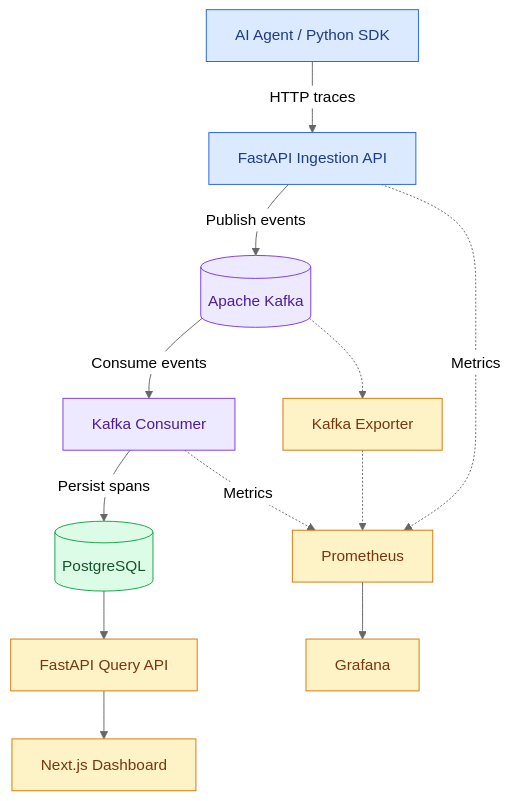
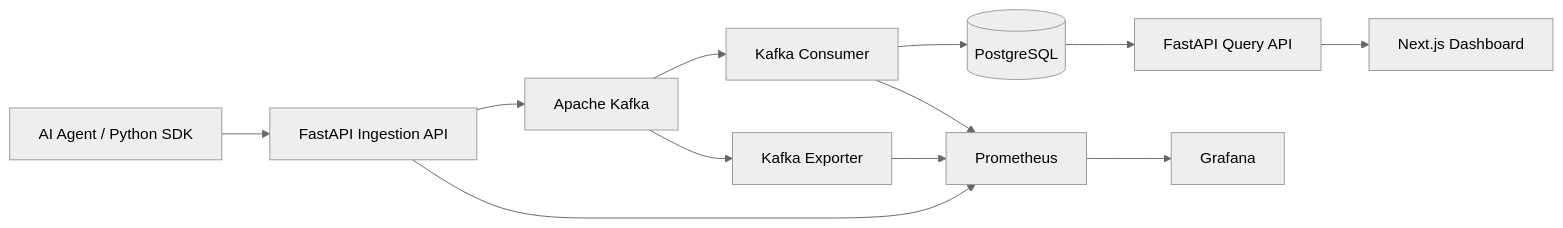
One commit to adjascently/agentscope changed the diagram in README.md. Above: the diagram before and after it, drawn with Mermaid (neutral theme). The commit also changed other lines of this file and 6 other files, not shown here.

````diff
--- a/README.md
+++ b/README.md
@@ -115,37 +18,15 @@
 ```mermaid
-flowchart TD
-    A["AI Agent / Python SDK"]
-    B["FastAPI Ingestion API"]
-    C[("Apache Kafka")]
-    D["Kafka Consumer"]
-    E[("PostgreSQL")]
-    F["FastAPI Query API"]
-    G["Next.js Dashboard"]
+flowchart LR
+    A["AI Agent / Python SDK"] --> B["FastAPI Ingestion API"]
+    B --> C["Apache Kafka"]
+    C --> D["Kafka Consumer"]
+    D --> E[("PostgreSQL")]
+    E --> F["FastAPI Query API"]
+    F --> G["Next.js Dashboard"]
 
-    H["Prometheus"]
-    I["Kafka Exporter"]
-    J["Grafana"]
-
-    A -->|"HTTP traces"| B
-    B -->|"Publish events"| C
-    C -->|"Consume events"| D
-    D -->|"Persist spans"| E
-    E --> F
-    F --> G
-
-    B -.->|"Metrics"| H
-    D -.->|"Metrics"| H
-    C -.-> I
-    I -.-> H
-    H --> J
-
-    classDef source fill:#dbeafe,stroke:#2563eb,color:#1e3a8a
-    classDef pipeline fill:#ede9fe,stroke:#7c3aed,color:#4c1d95
-    classDef storage fill:#dcfce7,stroke:#16a34a,color:#14532d
-    classDef ui fill:#fef3c7,stroke:#d97706,color:#78350f
-
-    class A,B source
-    class C,D pipeline
-    class E storage
-    class F,G,H,I,J ui
+    B --> H["Prometheus"]
+    D --> H
+    C --> I["Kafka Exporter"]
+    I --> H
+    H --> J["Grafana"]
 ```
````
